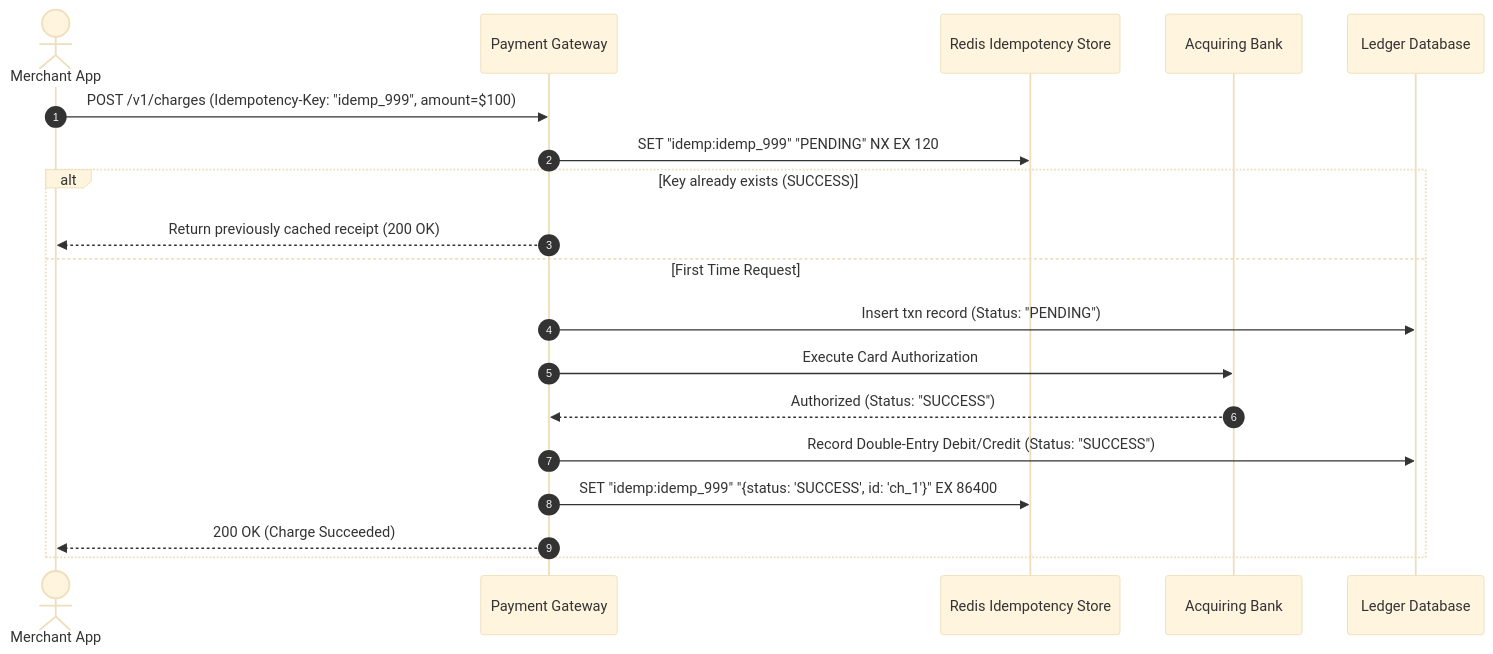
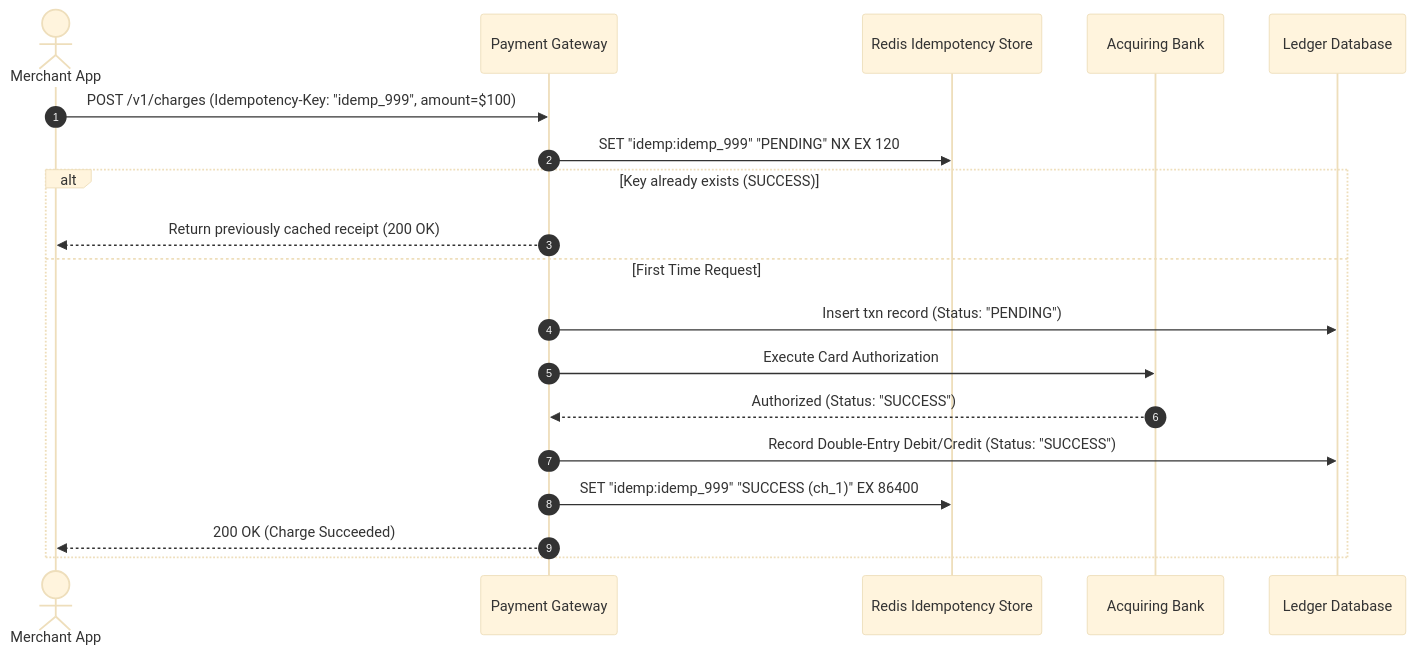
One commit to Sourav108/strivers-lld changed the second of 2 diagrams in strivers-hld/18-Interview-Problems-Product-Scale/04-Idempotent-Payment-Processing-System/README.md. Above: the diagram before and after it, drawn with Mermaid (base theme). The commit also changed 39 other files, not shown here.

Commit message:
fix(mermaid): wrap node labels, simplify diamonds, and reformat wide diagrams for perfect GitHub rendering

````diff
--- a/strivers-hld/18-Interview-Problems-Product-Scale/04-Idempotent-Payment-Processing-System/README.md
+++ b/strivers-hld/18-Interview-Problems-Product-Scale/04-Idempotent-Payment-Processing-System/README.md
@@ -37,22 +37,22 @@
 ```mermaid
 sequenceDiagram
     autonumber
     actor Merchant as Merchant App
     participant PG as Payment Gateway
     participant Redis as Redis Idempotency Store
     participant Bank as Acquiring Bank
     participant DB as Ledger Database
 
     Merchant->>PG: POST /v1/charges (Idempotency-Key: "idemp_999", amount=$100)
     PG->>Redis: SET "idemp:idemp_999" "PENDING" NX EX 120
     alt Key already exists (SUCCESS)
         PG-->>Merchant: Return previously cached receipt (200 OK)
     else First Time Request
         PG->>DB: Insert txn record (Status: "PENDING")
         PG->>Bank: Execute Card Authorization
         Bank-->>PG: Authorized (Status: "SUCCESS")
         PG->>DB: Record Double-Entry Debit/Credit (Status: "SUCCESS")
-        PG->>Redis: SET "idemp:idemp_999" "{status: 'SUCCESS', id: 'ch_1'}" EX 86400
+        PG->>Redis: SET "idemp:idemp_999" "SUCCESS (ch_1)" EX 86400
         PG-->>Merchant: 200 OK (Charge Succeeded)
     end
 ```
````
